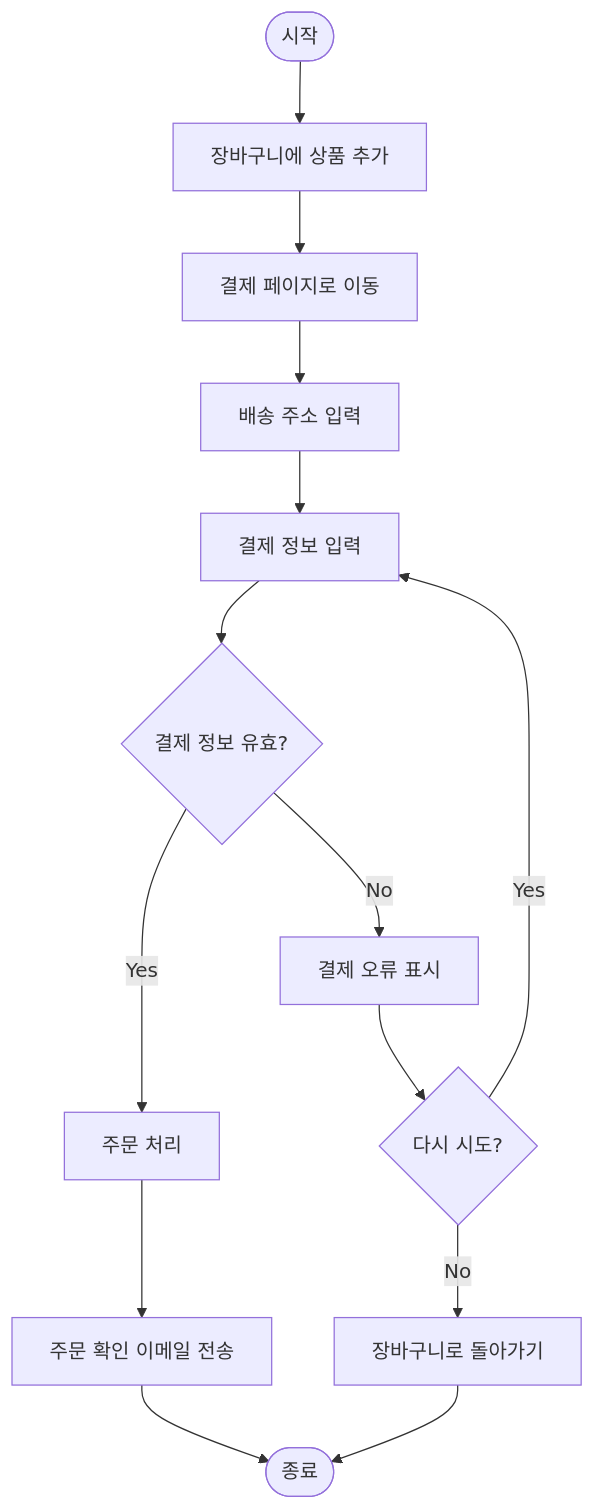
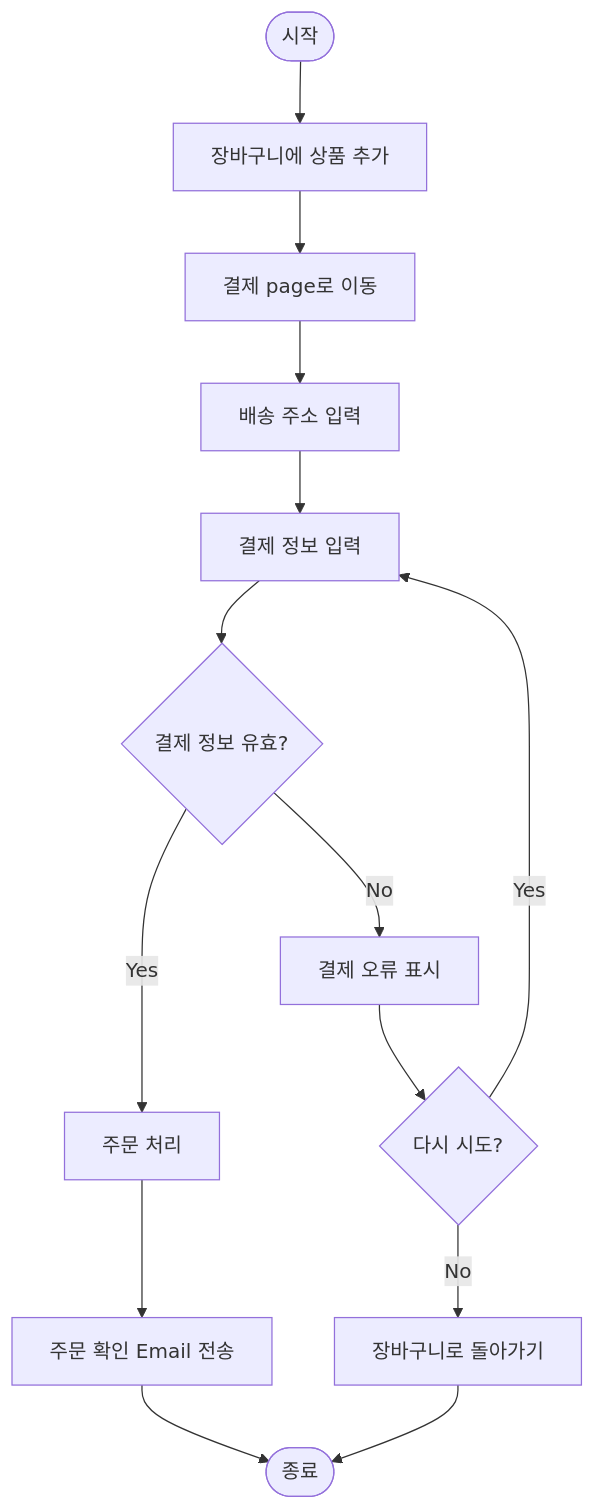
The ninth of 9 diagrams in collections/_notes/language/uml/flowchart.md (choesimin/choesimin.github.io), drawn with Mermaid before and after one commit. The commit also changed other lines of this file and 14 other files, not shown here.

````diff
--- a/collections/_notes/language/uml/flowchart.md
+++ b/collections/_notes/language/uml/flowchart.md
@@ -198,16 +198,16 @@
 ```mermaid
 flowchart TD
     start([시작]) --> cart[장바구니에 상품 추가]
-    cart --> checkout[결제 페이지로 이동]
+    cart --> checkout[결제 page로 이동]
     checkout --> address[배송 주소 입력]
     address --> payment[결제 정보 입력]
     payment --> validate{결제 정보 유효?}
     validate -->|Yes| process[주문 처리]
     validate -->|No| payment_error[결제 오류 표시]
     payment_error --> retry{다시 시도?}
     retry -->|Yes| payment
     retry -->|No| cart_return[장바구니로 돌아가기]
     cart_return --> finish
-    process --> confirm[주문 확인 이메일 전송]
+    process --> confirm[주문 확인 Email 전송]
     confirm --> finish([종료])
 ```
````
